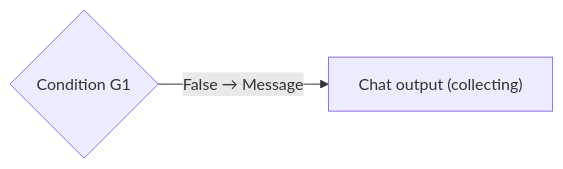
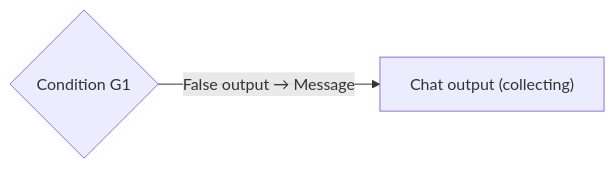
The seventh of 18 diagrams in paf/flows/CHAT_WORKFLOW.md (vmleon/oracle-database-private-agent-factory-poc), drawn with Mermaid before and after one commit. The commit also changed other lines of this file and 1 other file, not shown here.

Commit message:
docs: fix G1 token-through-gate wiring, log PAF condition coupling issue

````diff
--- a/paf/flows/CHAT_WORKFLOW.md
+++ b/paf/flows/CHAT_WORKFLOW.md
@@ -217,4 +225,4 @@
 ```mermaid
 flowchart LR
-    G1{"Condition G1"} -->|False → Message| OC["Chat output (collecting)"]
+    G1{"Condition G1"} -->|False output → Message| OC["Chat output (collecting)"]
 ```
````
